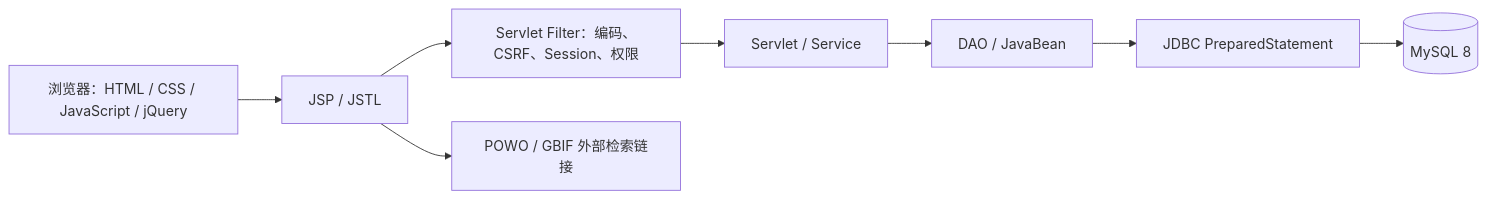
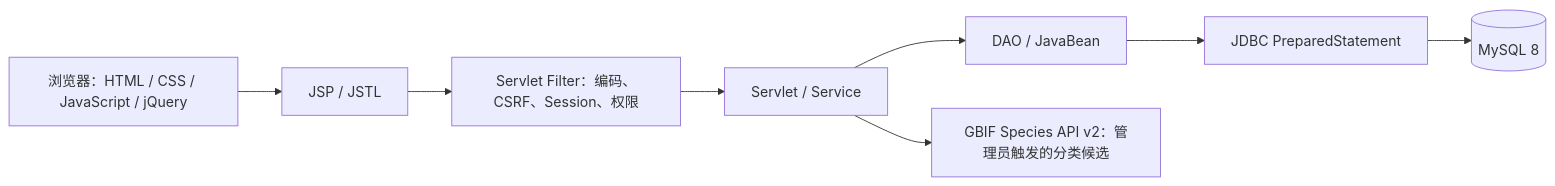
The diagram in docs/PROJECT_PRESENTATION.md (zhichengYellow/Search-for-non-oil-crops), drawn with Mermaid before and after one commit. The commit also changed other lines of this file and 228 other files, not shown here.

````diff
--- a/docs/PROJECT_PRESENTATION.md
+++ b/docs/PROJECT_PRESENTATION.md
@@ -11,10 +11,10 @@
 ```mermaid
 flowchart LR
   U[浏览器：HTML / CSS / JavaScript / jQuery] --> V[JSP / JSTL]
   V --> F[Servlet Filter：编码、CSRF、Session、权限]
   F --> S[Servlet / Service]
   S --> D[DAO / JavaBean]
   D --> J[JDBC PreparedStatement]
   J --> M[(MySQL 8)]
-  V --> K[POWO / GBIF 外部检索链接]
+  S --> X[GBIF Species API v2：管理员触发的分类候选]
 ```
````
